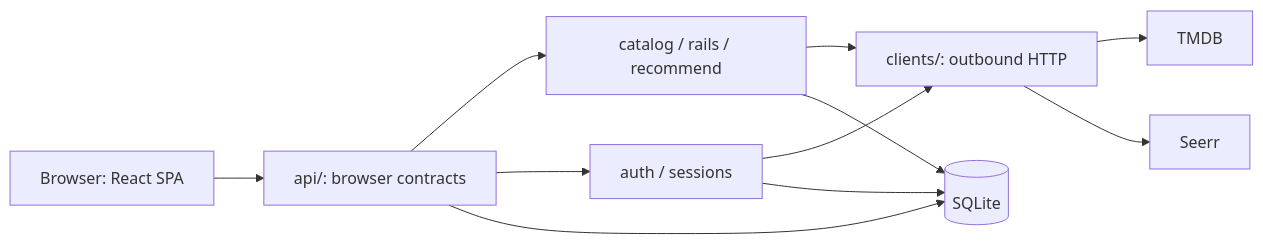
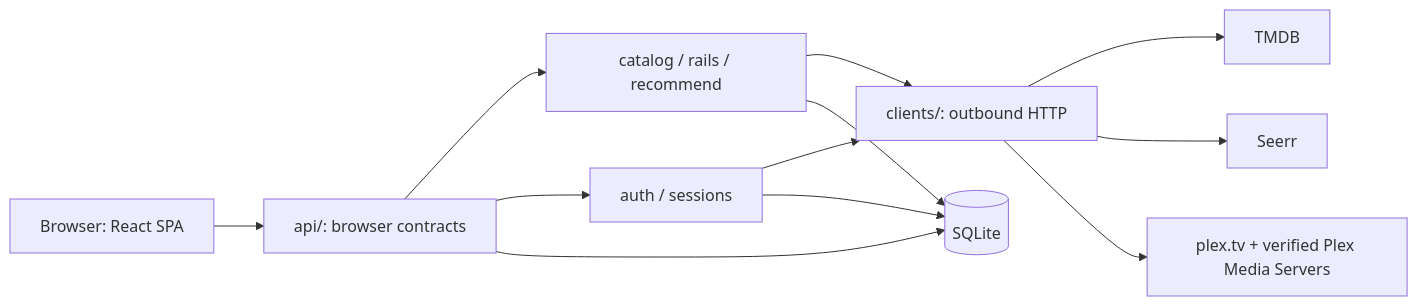
The diagram in docs/ARCHITECTURE.md (ZacharyArthur/tasterr), drawn with Mermaid before and after one commit. The commit also changed other lines of this file and 75 other files, not shown here.

````diff
--- a/docs/ARCHITECTURE.md
+++ b/docs/ARCHITECTURE.md
@@ -8,13 +8,14 @@
 ```mermaid
 flowchart LR
     B["Browser: React SPA"] --> A["api/: browser contracts"]
     A --> D["catalog / rails / recommend"]
     A --> U["auth / sessions"]
     D --> C["clients/: outbound HTTP"]
     U --> C
     C --> T["TMDB"]
     C --> S["Seerr"]
+    C --> P["plex.tv + verified Plex Media Servers"]
     A --> Q[("SQLite")]
     D --> Q
     U --> Q
 ```
````
